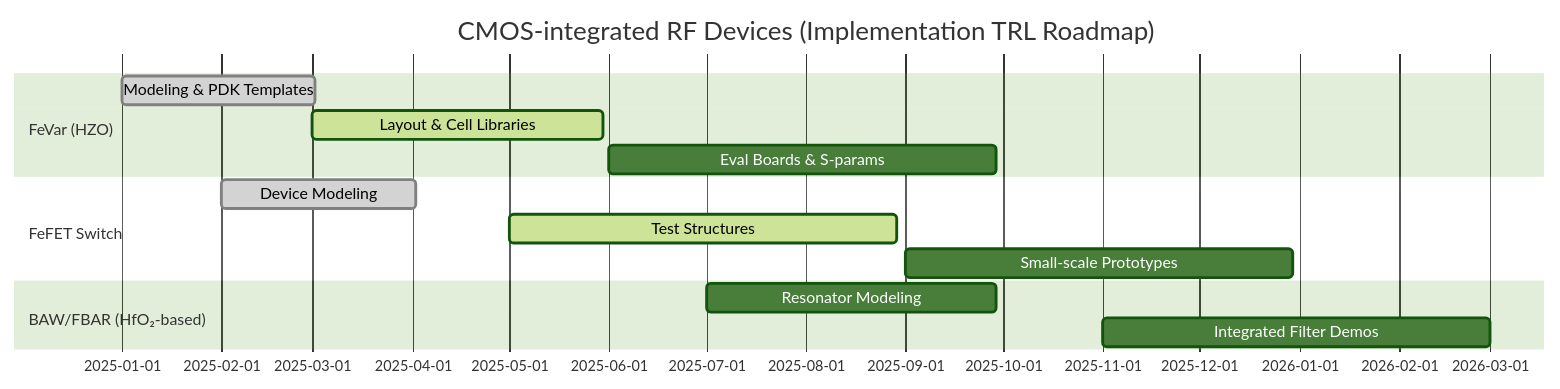
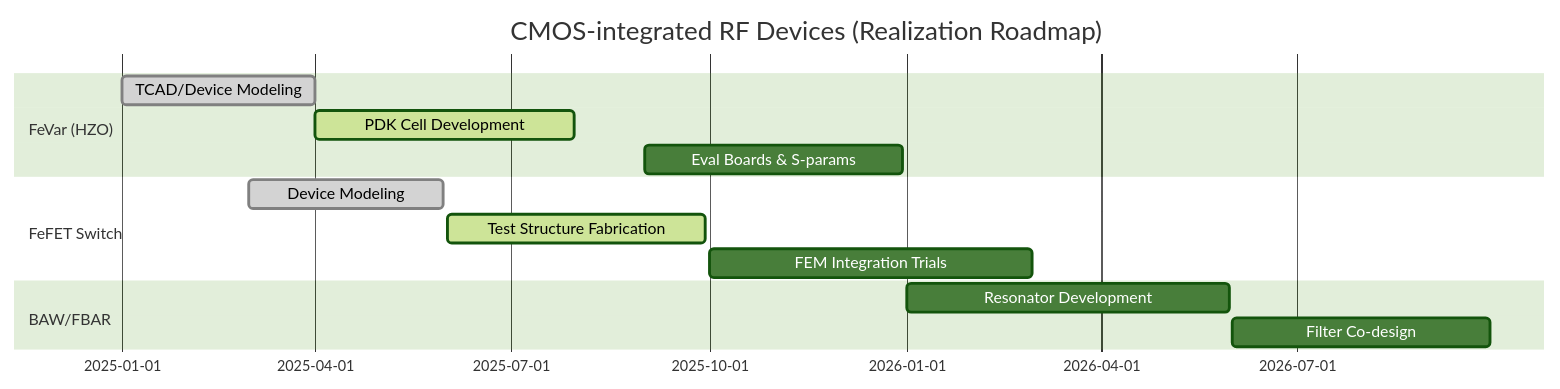
Before and after one commit to Samizo-AITL/Edusemi-Plus: the third of 3 diagrams in applied-devices/rf-devices/proposal.md, drawn with Mermaid (forest theme). The commit also changed other lines of this file, not shown here.

````diff
--- a/applied-devices/rf-devices/proposal.md
+++ b/applied-devices/rf-devices/proposal.md
@@ -118,16 +130,16 @@
 ```mermaid
 gantt
-    title CMOS-integrated RF Devices (Implementation TRL Roadmap)
+    title CMOS-integrated RF Devices (Realization Roadmap)
     dateFormat  YYYY-MM-DD
     section FeVar (HZO)
-    Modeling & PDK Templates   :done,    des1, 2025-01-01, 60d
-    Layout & Cell Libraries    :active,  des2, 2025-03-01, 90d
-    Eval Boards & S-params     :         des3, 2025-06-01, 120d
+    TCAD/Device Modeling       :done,    des1, 2025-01-01, 90d
+    PDK Cell Development       :active,  des2, 2025-04-01, 120d
+    Eval Boards & S-params     :         des3, 2025-09-01, 120d
     section FeFET Switch
-    Device Modeling            :done,    sw1,  2025-02-01, 60d
-    Test Structures            :active,  sw2,  2025-05-01, 120d
-    Small-scale Prototypes     :         sw3,  2025-09-01, 120d
-    section BAW/FBAR (HfO₂-based)
-    Resonator Modeling         :         baw1, 2025-07-01, 90d
-    Integrated Filter Demos    :         baw2, 2025-11-01, 120d
+    Device Modeling            :done,    sw1,  2025-03-01, 90d
+    Test Structure Fabrication :active,  sw2,  2025-06-01, 120d
+    FEM Integration Trials     :         sw3,  2025-10-01, 150d
+    section BAW/FBAR
+    Resonator Development      :         baw1, 2026-01-01, 150d
+    Filter Co-design           :         baw2, 2026-06-01, 120d
 ```
````
